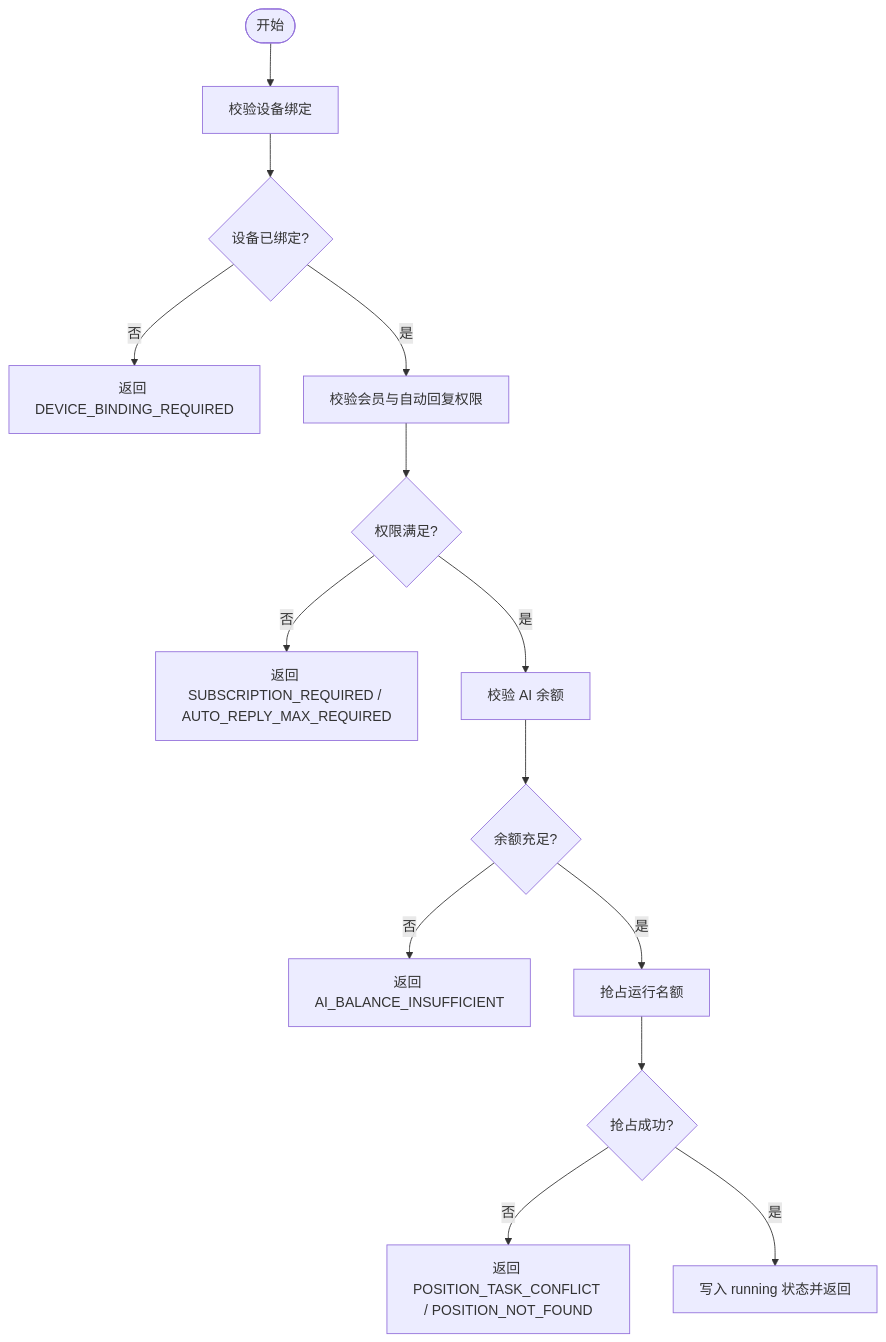
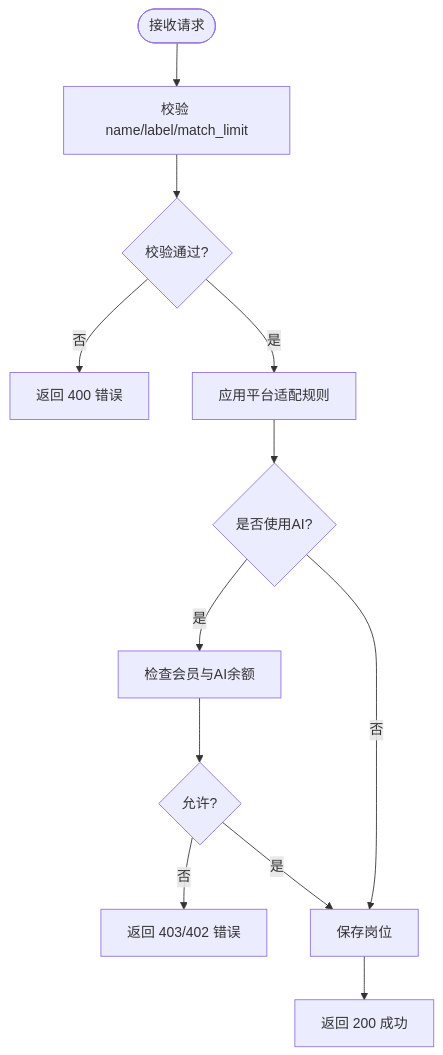
One commit to alvinwangzi/goodhr changed the fourth of 4 diagrams in .qoder/repowiki/zh/content/API接口文档/云端REST API/岗位管理API/岗位配置管理接口.md. Above: the diagram before and after it, drawn with Mermaid. The commit also changed other lines of this file and 149 other files, not shown here.

````diff
--- a/.qoder/repowiki/zh/content/API接口文档/云端REST API/岗位管理API/岗位配置管理接口.md
+++ b/.qoder/repowiki/zh/content/API接口文档/云端REST API/岗位管理API/岗位配置管理接口.md
@@ -254,16 +376,14 @@
 ```mermaid
 flowchart TD
-Start(["开始"]) --> CheckDevice["校验设备绑定"]
-CheckDevice --> DeviceOK{"设备已绑定?"}
-DeviceOK -- 否 --> ErrDevice["返回 DEVICE_BINDING_REQUIRED"]
-DeviceOK -- 是 --> CheckMember["校验会员与自动回复权限"]
-CheckMember --> MemberOK{"权限满足?"}
-MemberOK -- 否 --> ErrMember["返回 SUBSCRIPTION_REQUIRED / AUTO_REPLY_MAX_REQUIRED"]
-MemberOK -- 是 --> CheckBalance["校验 AI 余额"]
-CheckBalance --> BalanceOK{"余额充足?"}
-BalanceOK -- 否 --> ErrBalance["返回 AI_BALANCE_INSUFFICIENT"]
-BalanceOK -- 是 --> ClaimRun["抢占运行名额"]
-ClaimRun --> RunOK{"抢占成功?"}
-RunOK -- 否 --> ErrConflict["返回 POSITION_TASK_CONFLICT / POSITION_NOT_FOUND"]
-RunOK -- 是 --> Running["写入 running 状态并返回"]
+Start(["接收请求"]) --> Validate["校验 name/label/match_limit"]
+Validate --> Valid{"校验通过?"}
+Valid --> |否| ReturnErr["返回 400 错误"]
+Valid --> |是| PlatformRules["应用平台适配规则"]
+PlatformRules --> CheckAI{"是否使用AI?"}
+CheckAI --> |是| Membership["检查会员与AI余额"]
+Membership --> Allow{"允许?"}
+Allow --> |否| ReturnPerm["返回 403/402 错误"]
+Allow --> |是| Save["保存岗位"]
+CheckAI --> |否| Save
+Save --> ReturnOK["返回 200 成功"]
 ```
````
